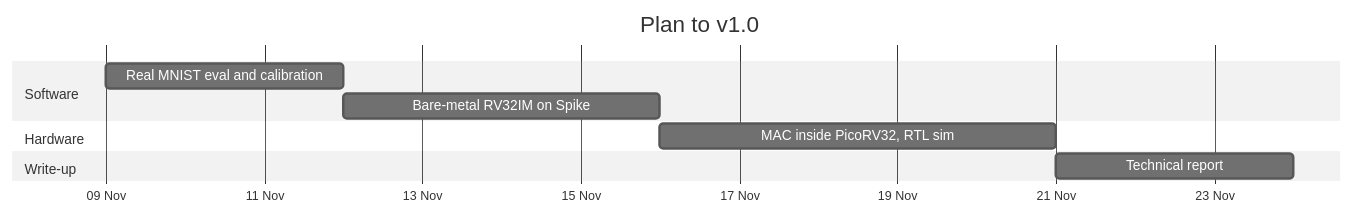
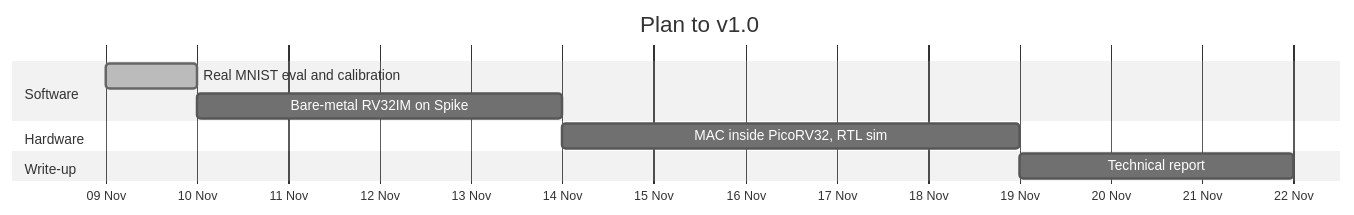
The fifth of 5 diagrams in README.md (sajedulislam5840/riscv-edge-ai), drawn with Mermaid (neutral theme) before and after one commit. The commit also changed other lines of this file and 8 other files, not shown here.

Commit message:
Evaluate INT8 on the real MNIST test set

````diff
--- a/README.md
+++ b/README.md
@@ -209,13 +229,13 @@
 ```mermaid
 gantt
     title Plan to v1.0
     dateFormat YYYY-MM-DD
     axisFormat %d %b
     section Software
-    Real MNIST eval and calibration :a1, 2026-11-09, 3d
+    Real MNIST eval and calibration :done, a1, 2026-11-09, 1d
     Bare-metal RV32IM on Spike      :a2, after a1, 4d
     section Hardware
     MAC inside PicoRV32, RTL sim    :a3, after a2, 5d
     section Write-up
     Technical report                :a4, after a3, 3d
 ```
````
